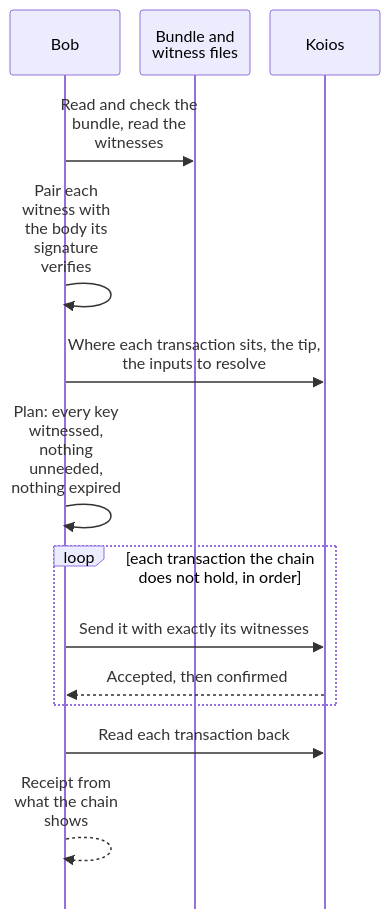
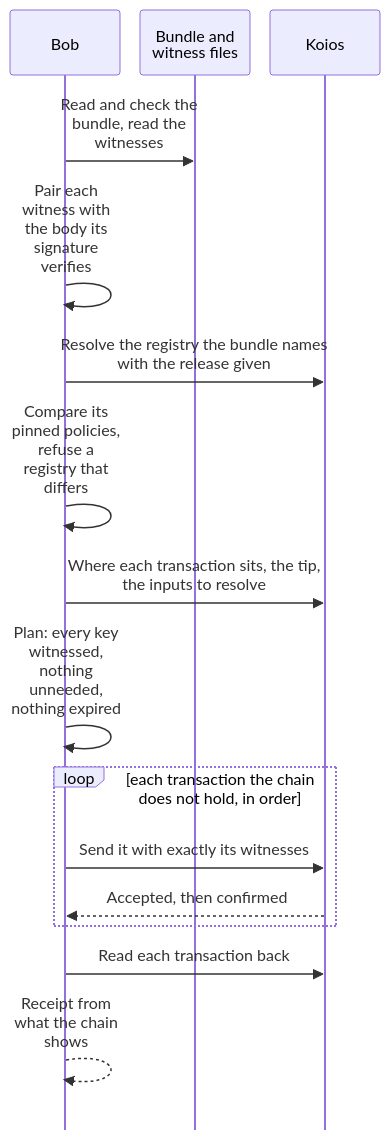
The third of 9 diagrams in docs/singular-node.md (lambdasistemi/singular), drawn with Mermaid before and after one commit. The commit also changed other lines of this file and 41 other files, not shown here.

````diff
--- a/docs/singular-node.md
+++ b/docs/singular-node.md
@@ -382,17 +385,19 @@
 ```mermaid
 %%{init: {'sequence': {'actorMargin': 20, 'width': 110, 'wrap': true, 'mirrorActors': false}}}%%
 sequenceDiagram
     participant B as Bob
     participant F as Bundle and witness files
     participant K as Koios
     B->>F: Read and check the bundle, read the witnesses
     B->>B: Pair each witness with the body its signature verifies
+    B->>K: Resolve the registry the bundle names with the release given
+    B->>B: Compare its pinned policies, refuse a registry that differs
     B->>K: Where each transaction sits, the tip, the inputs to resolve
     B->>B: Plan: every key witnessed, nothing unneeded, nothing expired
     loop each transaction the chain does not hold, in order
         B->>K: Send it with exactly its witnesses
         K-->>B: Accepted, then confirmed
     end
     B->>K: Read each transaction back
     B-->>B: Receipt from what the chain shows
 ```
````
